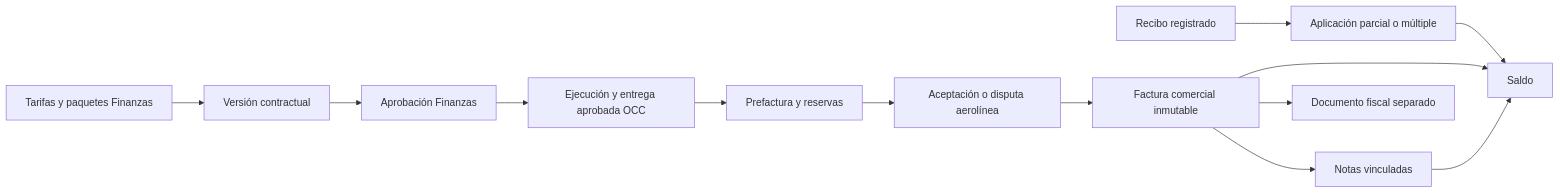
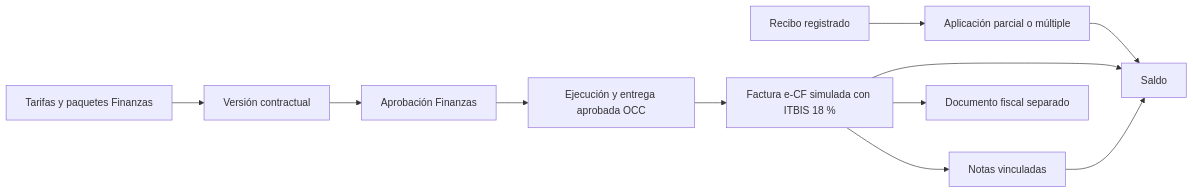
One commit to ErickEduardo027/ELEVANT changed the diagram in Vault/03-dominio/finanzas-tarifas-cargos-y-cobros.md. Above: the diagram before and after it, drawn with Mermaid. The commit also changed other lines of this file and 69 other files, not shown here.

First line of the commit message:
feat(finanzas): factura e-CF simulada emitida directamente desde operaciones

````diff
--- a/Vault/03-dominio/finanzas-tarifas-cargos-y-cobros.md
+++ b/Vault/03-dominio/finanzas-tarifas-cargos-y-cobros.md
@@ -63,15 +66,13 @@
 ```mermaid
 flowchart LR
     TB[Tarifas y paquetes Finanzas] --> CV[Versión contractual]
     CV --> FA[Aprobación Finanzas]
     FA --> OP[Ejecución y entrega aprobada OCC]
-    OP --> PF[Prefactura y reservas]
-    PF --> PA[Aceptación o disputa aerolínea]
-    PA --> FC[Factura comercial inmutable]
+    OP --> FC[Factura e-CF simulada con ITBIS 18 %]
     FC --> NT[Notas vinculadas]
     RC[Recibo registrado] --> AP[Aplicación parcial o múltiple]
     AP --> SA[Saldo]
     FC --> SA
     NT --> SA
     FC --> FS[Documento fiscal separado]
 ```
````
